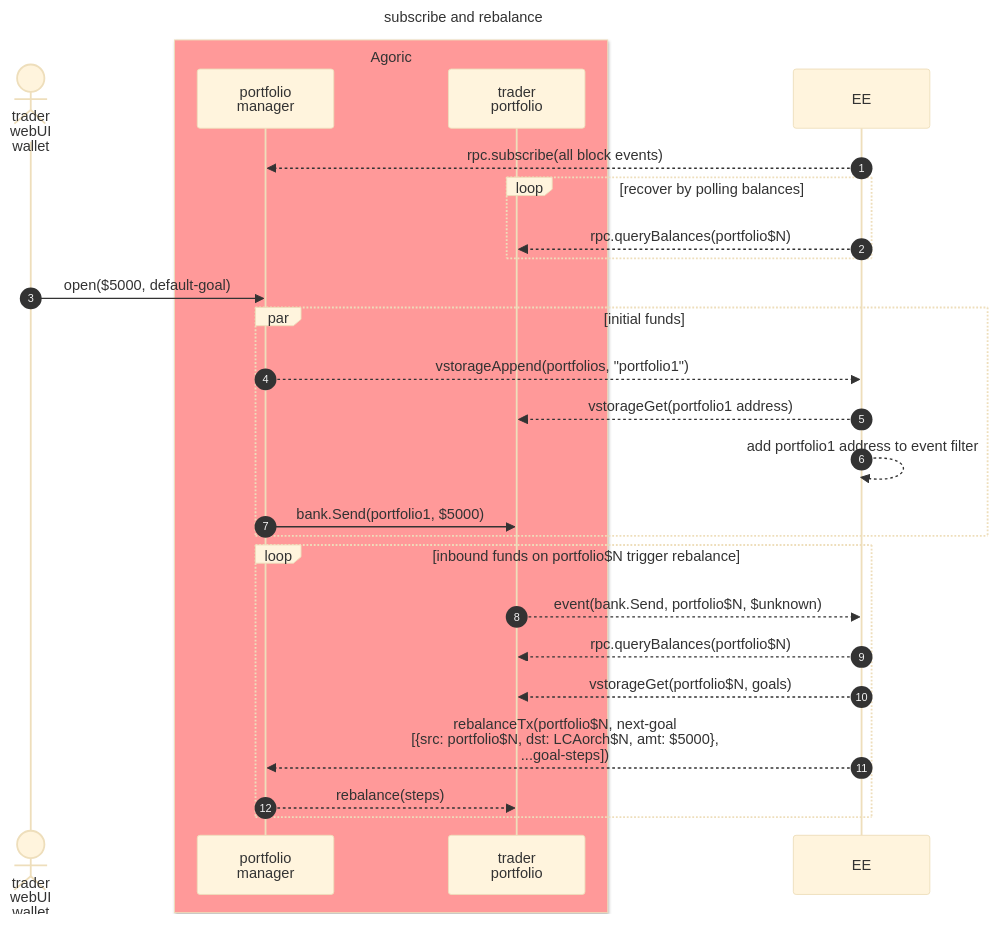
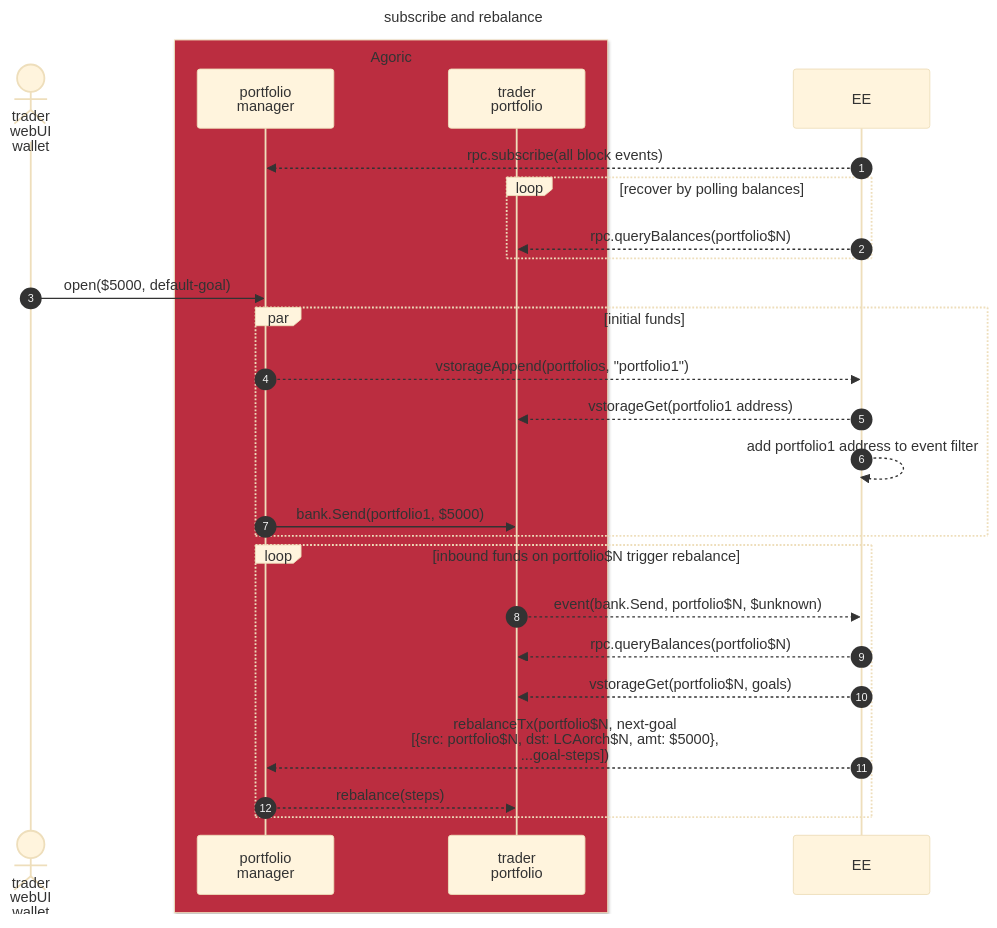
The diagram in packages/ymax-planner/README.md (Agoric/agoric-sdk), drawn with Mermaid (base theme) before and after one commit.

Commit message:
docs: agoric red

````diff
--- a/packages/ymax-planner/README.md
+++ b/packages/ymax-planner/README.md
@@ -5,35 +5,35 @@
 ```mermaid
 sequenceDiagram
   title subscribe and rebalance
   autonumber
 
   actor trader as trader<br/>webUI<br/>wallet
 
-  box rgb(255,153,153) Agoric
+  box rgb(187, 45, 64) Agoric
     participant manager as portfolio<br/>manager
     participant portfolio as trader<br/>portfolio
   end
 
   participant EE
   EE -->> manager: rpc.subscribe(all block events)
   loop recover by polling balances
     EE -->> portfolio: rpc.queryBalances(portfolio$N)
   end
 
   %% Notation: ->> for initial message, -->> for consequences
 
   trader ->> manager: open($5000, default-goal)
   par initial funds
     manager -->> EE: vstorageAppend(portfolios, "portfolio1")
     EE -->> portfolio: vstorageGet(portfolio1 address)
     EE -->> EE: add portfolio1 address to event filter
     manager ->> portfolio: bank.Send(portfolio1, $5000)
   end
   loop inbound funds on portfolio$N trigger rebalance
     portfolio -->> EE: event(bank.Send, portfolio$N, $unknown)
     EE -->> portfolio: rpc.queryBalances(portfolio$N)
     EE -->> portfolio: vstorageGet(portfolio$N, goals)
     EE -->> manager: rebalanceTx(portfolio$N, next-goal<br/>[{src: portfolio$N, dst: LCAorch$N, amt: $5000},<br/> ...goal-steps])
     manager -->> portfolio: rebalance(steps)
   end
 ```
````
